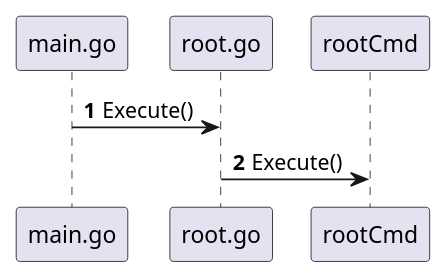
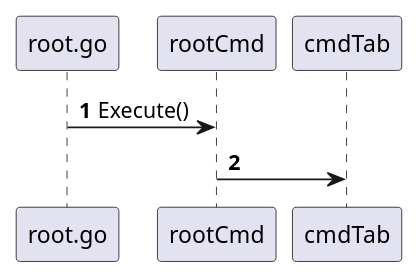
One commit to airtonGit/vibora changed the first of 2 diagrams in doc/sequencia.puml. Above: the diagram before and after it, drawn with PlantUML. The commit also changed other lines of this file and 2 other files, not shown here.

Commit message:
templating TabData CommandInfo

```diff
--- a/doc/sequencia.puml
+++ b/doc/sequencia.puml
@@ -1,9 +1,10 @@
 @startuml
 'https://plantuml.com/sequence-diagram
 
 autonumber
 
-main.go -> root.go: Execute()
 root.go -> rootCmd: Execute()
 
+rootCmd -> cmdTab
+
 @enduml
```
